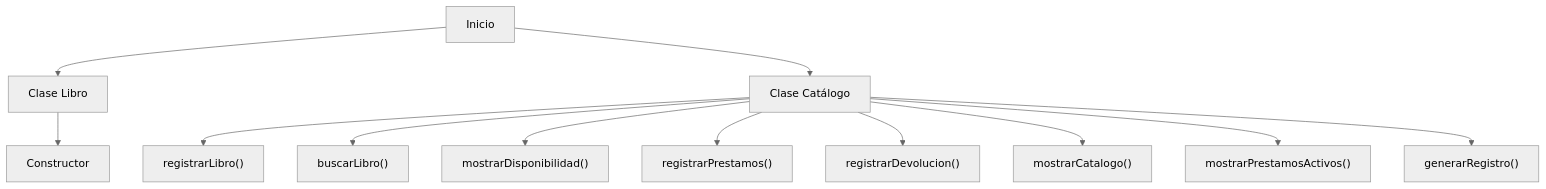
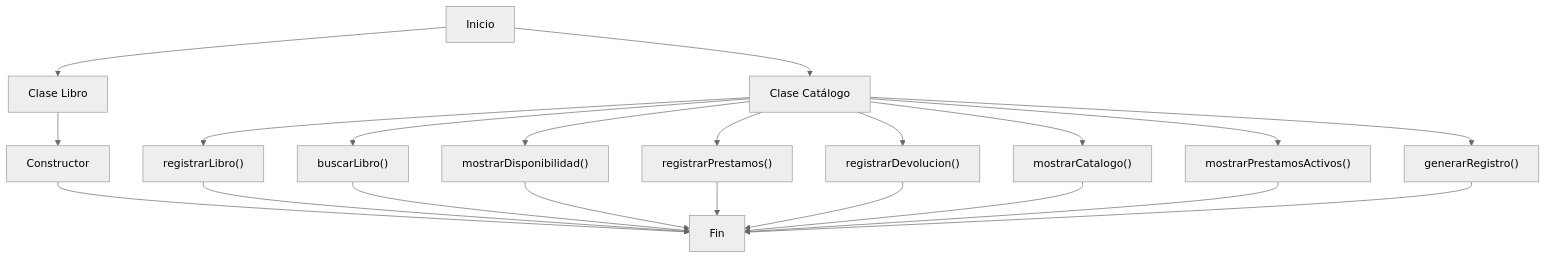
The second of 13 diagrams in README.md (Chipitor/trabajo-equipo), drawn with Mermaid (neutral theme) before and after one commit.

````diff
--- a/README.md
+++ b/README.md
@@ -259,19 +259,31 @@
 ```mermaid
 flowchart TD
 
     A[Inicio]
 
     A --> B[Clase Libro]
     A --> C[Clase Catálogo]
 
     B --> B1[Constructor]
 
     C --> C1["registrarLibro()"]
     C --> C2["buscarLibro()"]
     C --> C3["mostrarDisponibilidad()"]
     C --> C4["registrarPrestamos()"]
     C --> C5["registrarDevolucion()"]
     C --> C6["mostrarCatalogo()"]
     C --> C7["mostrarPrestamosActivos()"]
     C --> C8["generarRegistro()"]
+
+	B1 --> D[Fin]
+	C1 --> D
+	C2 --> D
+	C3 --> D
+	C4 --> D
+	C5 --> D
+	C6 --> D
+	C7 --> D
+ 	C8 --> D
+
+
 ```
````
